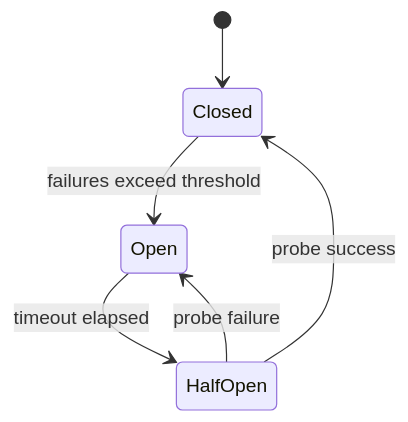
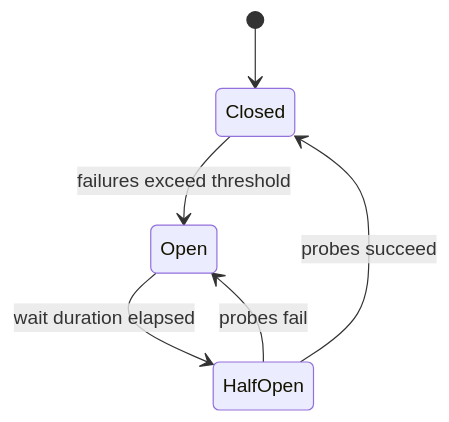
Before and after one commit to hareramcse/SystemDesign: diagram 20 of 28 in 08-microservices/README.md, drawn with Mermaid. The commit also changed other lines of this file, not shown here.

````diff
--- a/08-microservices/README.md
+++ b/08-microservices/README.md
@@ -1323,8 +2016,8 @@
 ```mermaid
 stateDiagram-v2
     [*] --> Closed
     Closed --> Open: failures exceed threshold
-    Open --> HalfOpen: timeout elapsed
-    HalfOpen --> Closed: probe success
-    HalfOpen --> Open: probe failure
+    Open --> HalfOpen: wait duration elapsed
+    HalfOpen --> Closed: probes succeed
+    HalfOpen --> Open: probes fail
 ```
````
